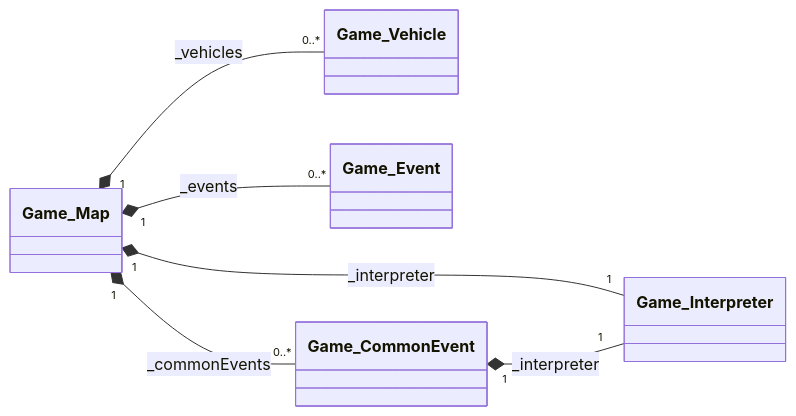
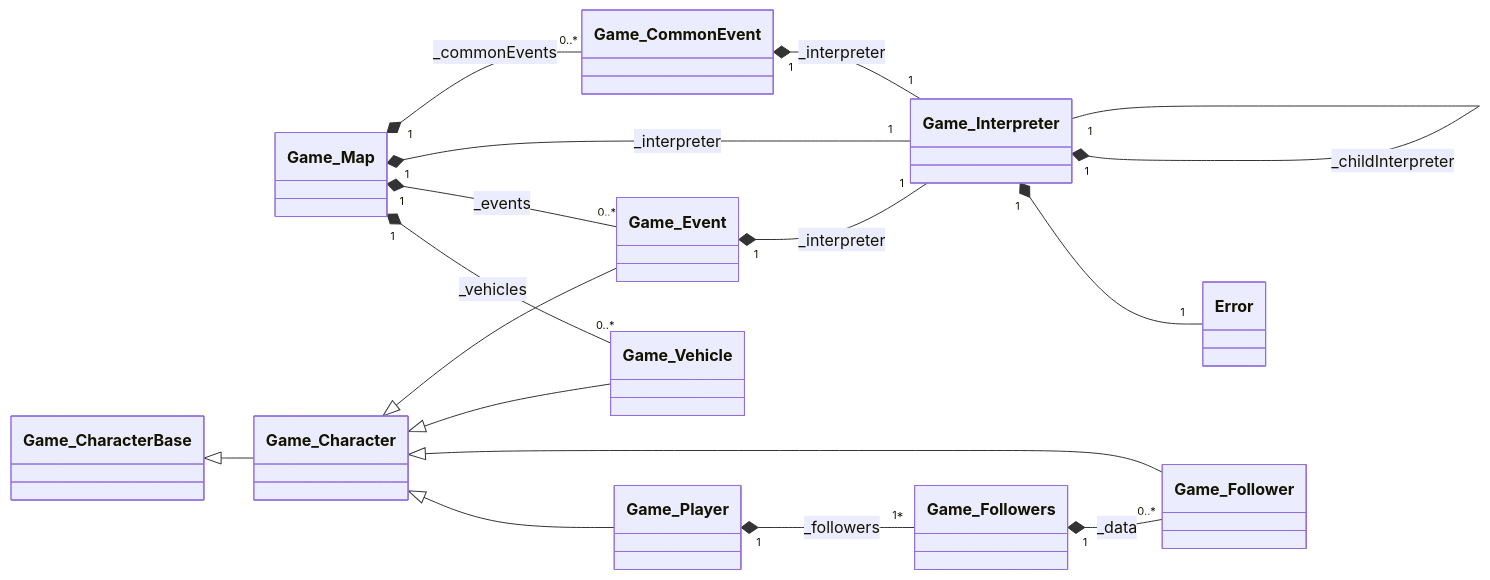
The diagram in Class Diagram/Map.md (meowmotor/RPG-Maker), drawn with Mermaid before and after one commit.

````diff
--- a/Class Diagram/Map.md
+++ b/Class Diagram/Map.md
@@ -1,9 +1,19 @@
 ```mermaid
 classDiagram
 direction LR
-Game_Map"1"*--"1"Game_Interpreter:_interpreter
 Game_Map"1"*--"0..*"Game_Vehicle:_vehicles
 Game_Map"1"*--"0..*"Game_Event:_events
+Game_Map"1"*--"1"Game_Interpreter:_interpreter
 Game_Map"1"*--"0..*"Game_CommonEvent:_commonEvents
 Game_CommonEvent"1"*--"1"Game_Interpreter:_interpreter
+Game_CharacterBase<|--Game_Character
+Game_Character<|--Game_Player
+Game_Character<|--Game_Follower
+Game_Character<|--Game_Vehicle
+Game_Character<|--Game_Event
+Game_Event"1"*--"1"Game_Interpreter:_interpreter
+Game_Player"1"*--"1*"Game_Followers:_followers
+Game_Followers"1"*--"0..*"Game_Follower:_data
+Game_Interpreter"1"*--"1"Error
+Game_Interpreter"1"*--"1"Game_Interpreter:_childInterpreter
 ```
````
